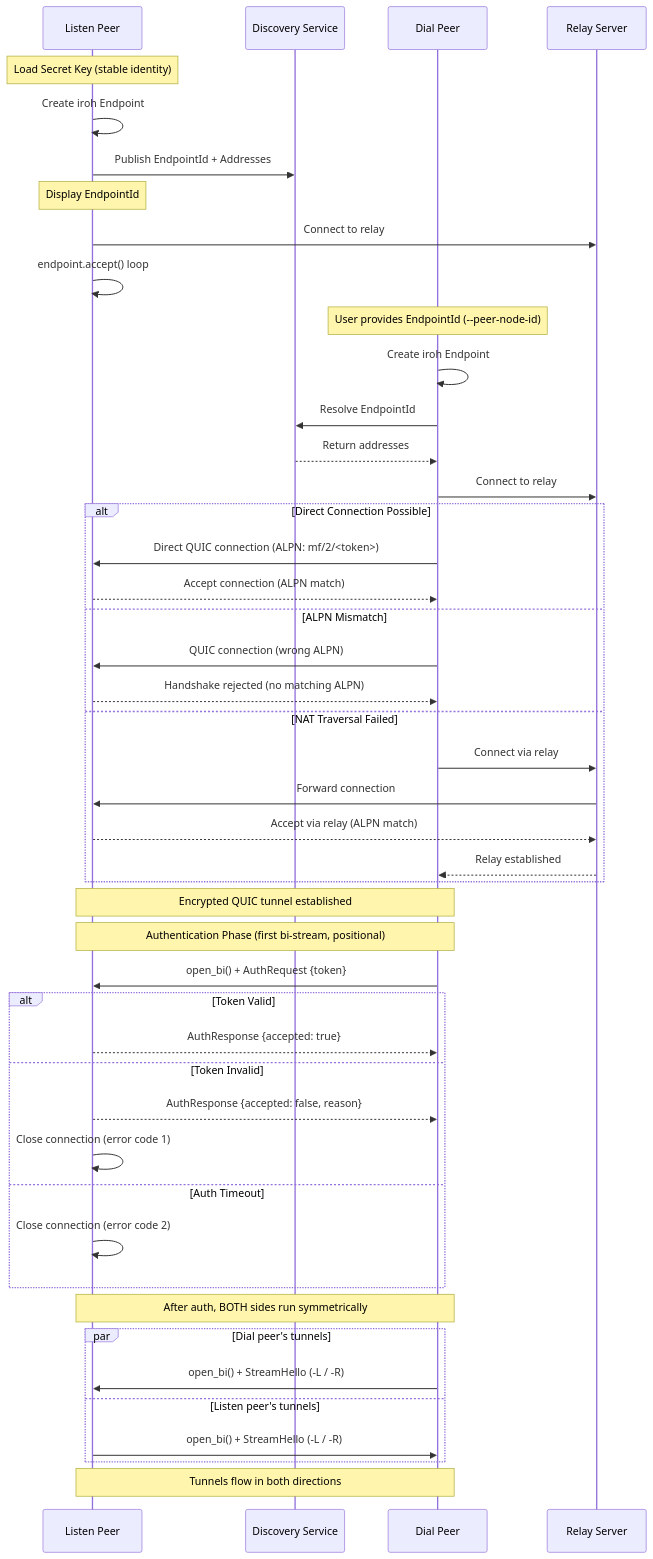
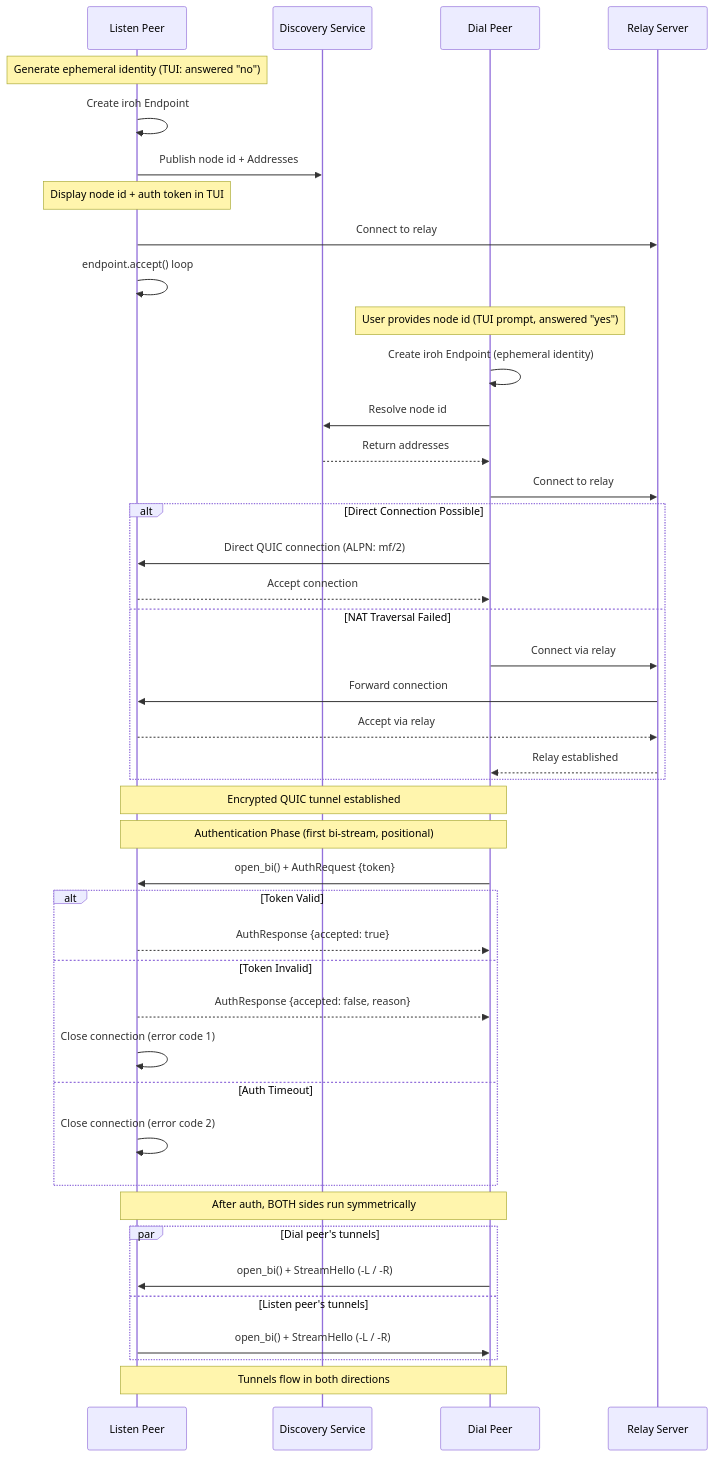
One commit to andrewtheguy/duopipe changed the sixth of 25 diagrams in docs/ARCHITECTURE.md. Above: the diagram before and after it, drawn with Mermaid. The commit also changed other lines of this file and 14 other files, not shown here.

First line of the commit message:
feat(tui): implement interactive setup for peer configuration

````diff
--- a/docs/ARCHITECTURE.md
+++ b/docs/ARCHITECTURE.md
@@ -192,54 +205,51 @@
 ```mermaid
 sequenceDiagram
     participant L as Listen Peer
     participant SD as Discovery Service
     participant D as Dial Peer
     participant RS as Relay Server
 
-    Note over L: Load Secret Key (stable identity)
+    Note over L: Generate ephemeral identity (TUI: answered "no")
     L->>L: Create iroh Endpoint
-    L->>SD: Publish EndpointId + Addresses
-    Note over L: Display EndpointId
+    L->>SD: Publish node id + Addresses
+    Note over L: Display node id + auth token in TUI
     L->>RS: Connect to relay
     L->>L: endpoint.accept() loop
 
-    Note over D: User provides EndpointId (--peer-node-id)
-    D->>D: Create iroh Endpoint
-    D->>SD: Resolve EndpointId
+    Note over D: User provides node id (TUI prompt, answered "yes")
+    D->>D: Create iroh Endpoint (ephemeral identity)
+    D->>SD: Resolve node id
     SD-->>D: Return addresses
     D->>RS: Connect to relay
 
     alt Direct Connection Possible
-        D->>L: Direct QUIC connection (ALPN: mf/2/<token>)
-        L-->>D: Accept connection (ALPN match)
-    else ALPN Mismatch
-        D->>L: QUIC connection (wrong ALPN)
-        L-->>D: Handshake rejected (no matching ALPN)
+        D->>L: Direct QUIC connection (ALPN: mf/2)
+        L-->>D: Accept connection
     else NAT Traversal Failed
         D->>RS: Connect via relay
         RS->>L: Forward connection
-        L-->>RS: Accept via relay (ALPN match)
+        L-->>RS: Accept via relay
         RS-->>D: Relay established
     end
 
     Note over L,D: Encrypted QUIC tunnel established
 
     Note over D,L: Authentication Phase (first bi-stream, positional)
     D->>L: open_bi() + AuthRequest {token}
     alt Token Valid
         L-->>D: AuthResponse {accepted: true}
     else Token Invalid
         L-->>D: AuthResponse {accepted: false, reason}
         L->>L: Close connection (error code 1)
     else Auth Timeout
         L->>L: Close connection (error code 2)
     end
 
     Note over D,L: After auth, BOTH sides run symmetrically
     par Dial peer's tunnels
         D->>L: open_bi() + StreamHello (-L / -R)
     and Listen peer's tunnels
         L->>D: open_bi() + StreamHello (-L / -R)
     end
     Note over D,L: Tunnels flow in both directions
 ```
````
